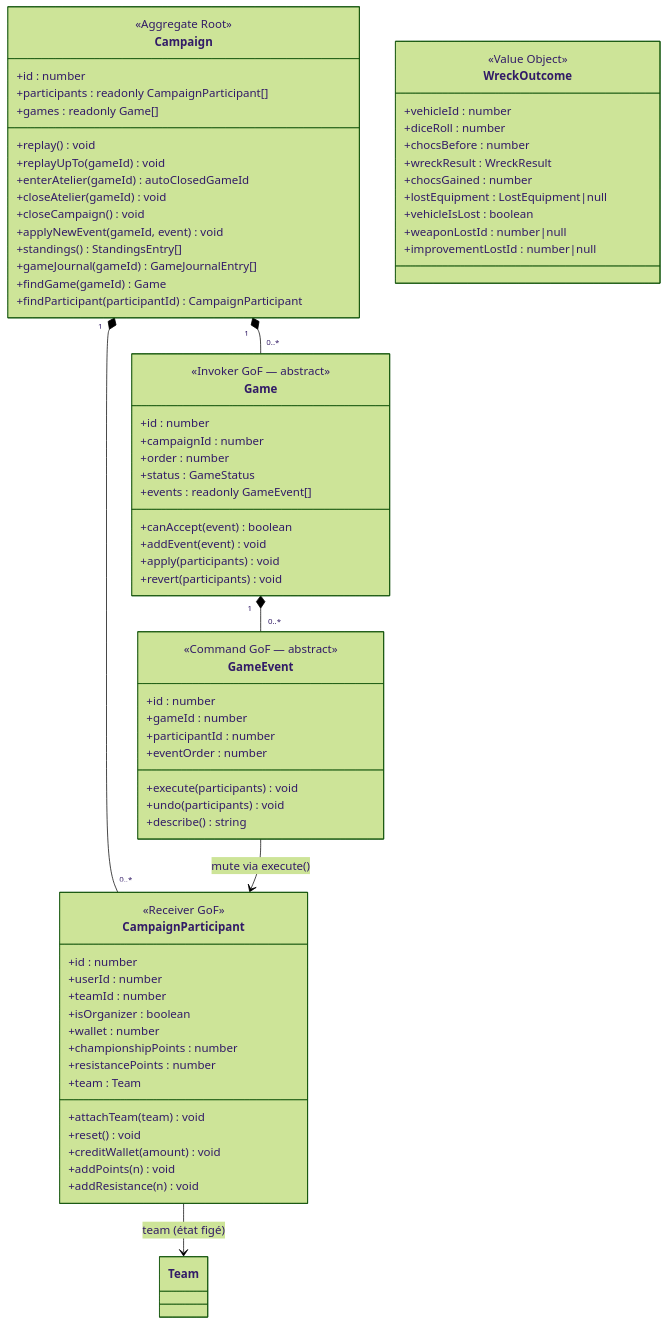
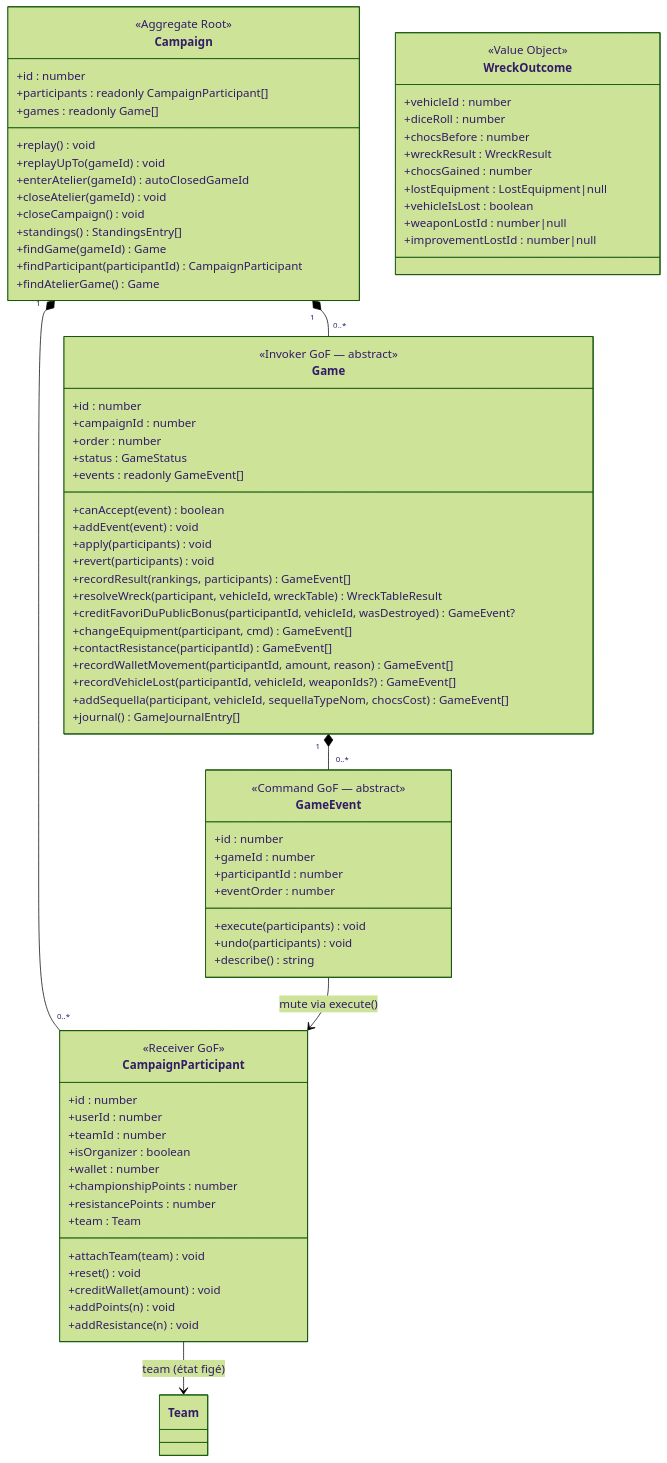
Before and after one commit to arnaudbracchetti/gaslands-manager: the fourth of 4 diagrams in docs/DOMAIN_MODEL.md, drawn with Mermaid (forest theme). The commit also changed other lines of this file and 17 other files, not shown here.

First line of the commit message:
refactor(campaign): déplace la construction des GameEvent de Campaign vers Game

```diff
--- a/docs/DOMAIN_MODEL.md
+++ b/docs/DOMAIN_MODEL.md
@@ -406,11 +406,10 @@
         +enterAtelier(gameId) autoClosedGameId
         +closeAtelier(gameId) void
         +closeCampaign() void
-        +applyNewEvent(gameId, event) void
         +standings() StandingsEntry[]
-        +gameJournal(gameId) GameJournalEntry[]
         +findGame(gameId) Game
         +findParticipant(participantId) CampaignParticipant
+        +findAtelierGame() Game
     }
 
     class CampaignParticipant {
@@ -441,6 +440,15 @@
         +addEvent(event) void
         +apply(participants) void
         +revert(participants) void
+        +recordResult(rankings, participants) GameEvent[]
+        +resolveWreck(participant, vehicleId, wreckTable) WreckTableResult
+        +creditFavoriDuPublicBonus(participantId, vehicleId, wasDestroyed) GameEvent?
+        +changeEquipment(participant, cmd) GameEvent[]
+        +contactResistance(participantId) GameEvent[]
+        +recordWalletMovement(participantId, amount, reason) GameEvent[]
+        +recordVehicleLost(participantId, vehicleId, weaponIds?) GameEvent[]
+        +addSequella(participant, vehicleId, sequellaTypeNom, chocsCost) GameEvent[]
+        +journal() GameJournalEntry[]
     }
 
     class GameEvent {
```
